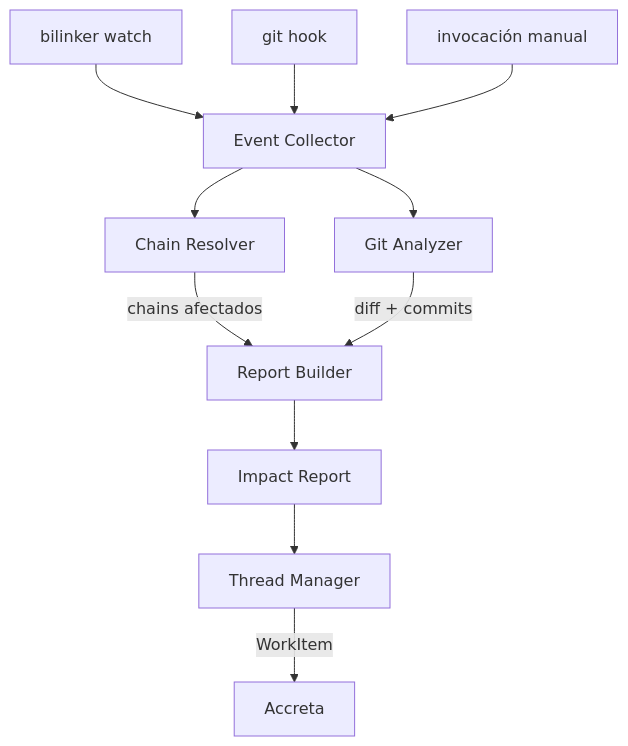
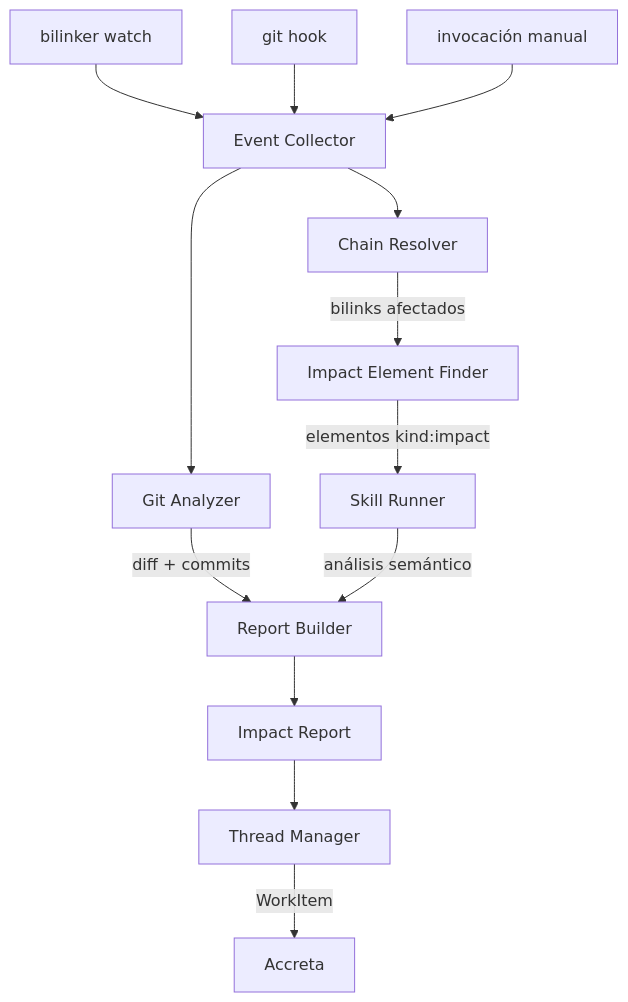
The first of 3 diagrams in subsystems/impact/architecture.md (anibalanto/accreta), drawn with Mermaid before and after one commit. The commit also changed other lines of this file and 3 other files, not shown here.

````diff
--- a/subsystems/impact/architecture.md
+++ b/subsystems/impact/architecture.md
@@ -5,16 +5,18 @@
 ```mermaid
 flowchart TD
     E1[bilinker watch] --> EC[Event Collector]
     E2[git hook] --> EC
     E3[invocación manual] --> EC
 
     EC --> CR[Chain Resolver]
     EC --> GA[Git Analyzer]
 
-    CR -->|chains afectados| RB[Report Builder]
-    GA -->|diff + commits| RB
+    CR -->|bilinks afectados| IE[Impact Element Finder]
+    GA -->|diff + commits| RB[Report Builder]
+    IE -->|elementos kind:impact| SK[Skill Runner]
+    SK -->|análisis semántico| RB
 
     RB --> IR[Impact Report]
     IR --> TM[Thread Manager]
     TM -->|WorkItem| AC[Accreta]
 ```
````
